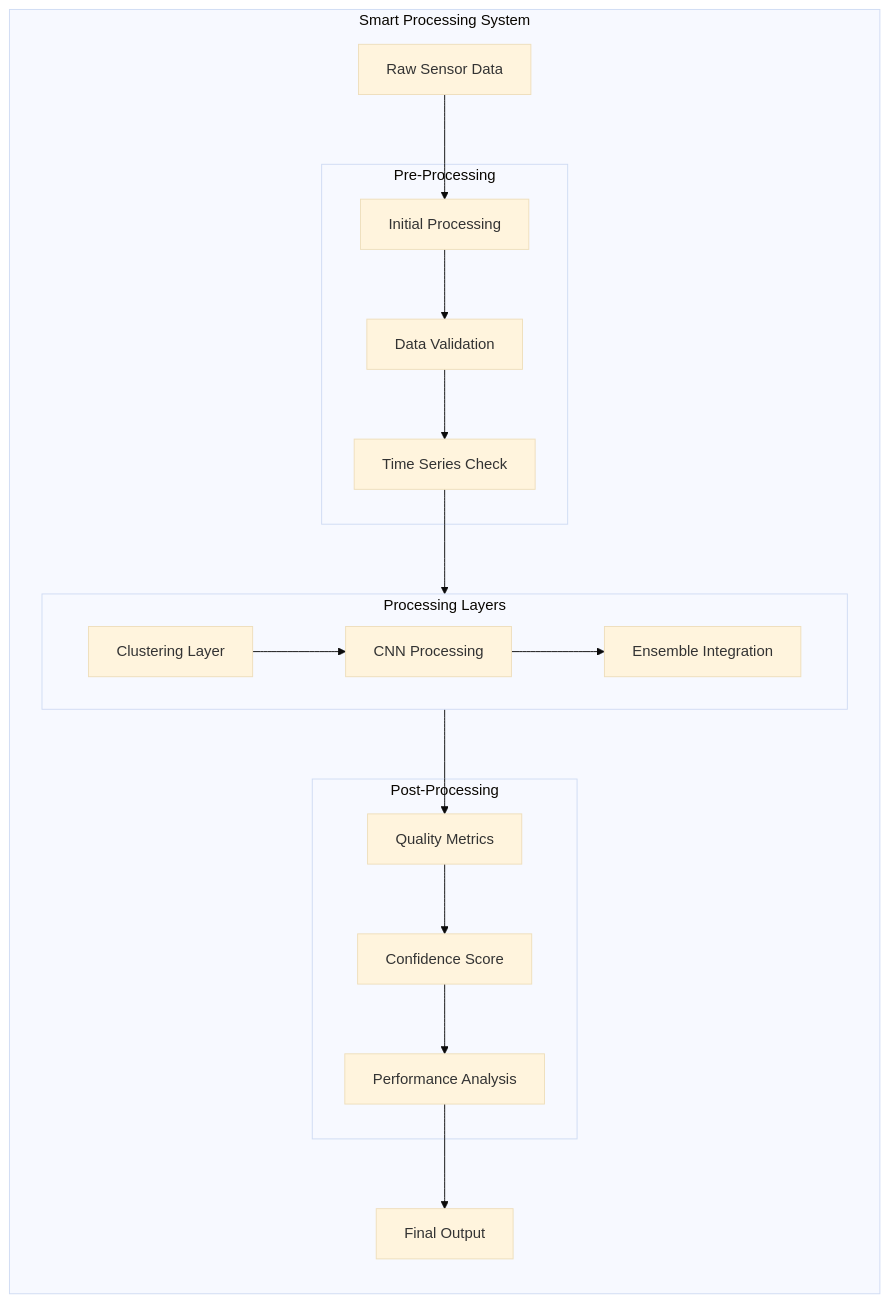
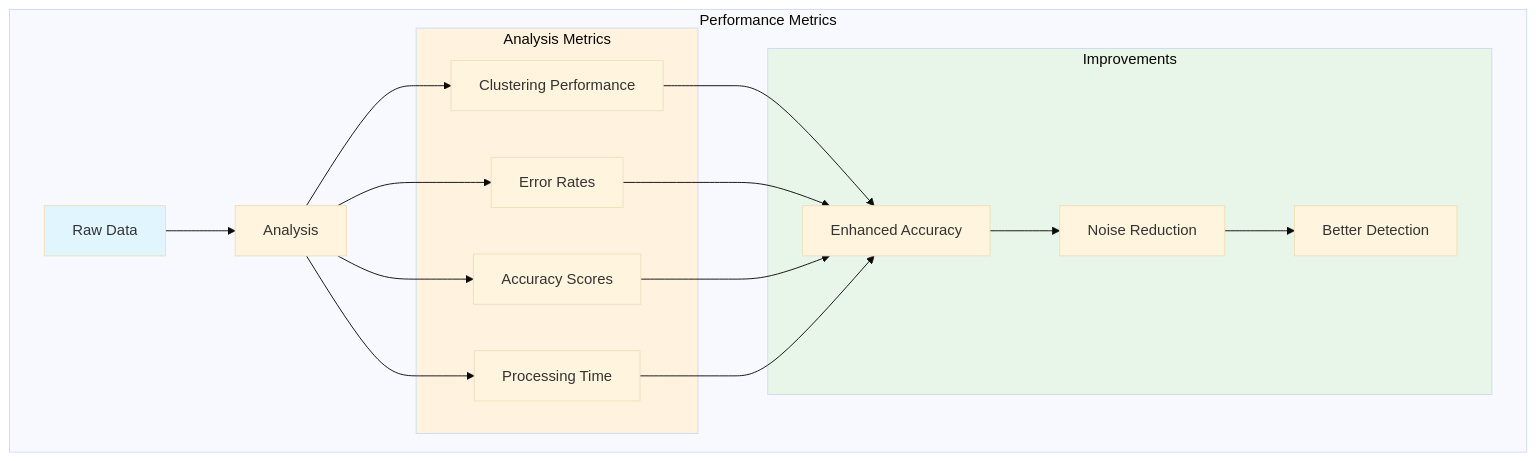
One commit to khairul-me/Enhanced-Sonar-Sensor-Accuracy-using-Machine-Learning changed the sixth of 8 diagrams in README.md. Above: the diagram before and after it, drawn with Mermaid (base theme). The commit also changed other lines of this file, not shown here.

````diff
--- a/README.md
+++ b/README.md
@@ -134,40 +147,29 @@
 ```mermaid
 flowchart TB
-    subgraph "Smart Processing System"
-        direction TB
+    subgraph Performance["Performance Metrics"]
+        A[Raw Data] --> Analysis
         
-        Input[Raw Sensor Data] --> PreProcess
-        
-        subgraph "Pre-Processing"
-            PreProcess[Initial Processing]
-            Validate[Data Validation]
-            TimeCheck[Time Series Check]
-            
-            PreProcess --> Validate
-            Validate --> TimeCheck
+        subgraph Metrics["Analysis Metrics"]
+            B[Clustering Performance]
+            C[Error Rates]
+            D[Accuracy Scores]
+            E[Processing Time]
         end
         
-        subgraph "Processing Layers"
-            direction LR
-            L1[Clustering Layer]
-            L2[CNN Processing]
-            L3[Ensemble Integration]
-            
-            TimeCheck --> L1
-            L1 --> L2
-            L2 --> L3
+        Analysis --> B & C & D & E
+        
+        subgraph Results["Improvements"]
+            F[Enhanced Accuracy]
+            G[Noise Reduction]
+            H[Better Detection]
         end
         
-        subgraph "Post-Processing"
-            Quality[Quality Metrics]
-            Confidence[Confidence Score]
-            Analysis[Performance Analysis]
-            
-            L3 --> Quality
-            Quality --> Confidence
-            Confidence --> Analysis
-        end
-        
-        Analysis --> Output[Final Output]
+        B & C & D & E --> F
+        F --> G
+        G --> H
     end
+    
+    style A fill:#e1f5fe
+    style Metrics fill:#fff3e0
+    style Results fill:#e8f5e9
 ```
````
